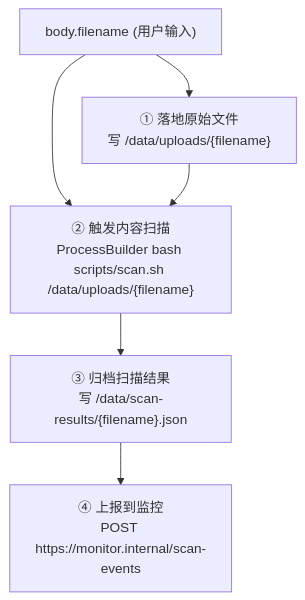
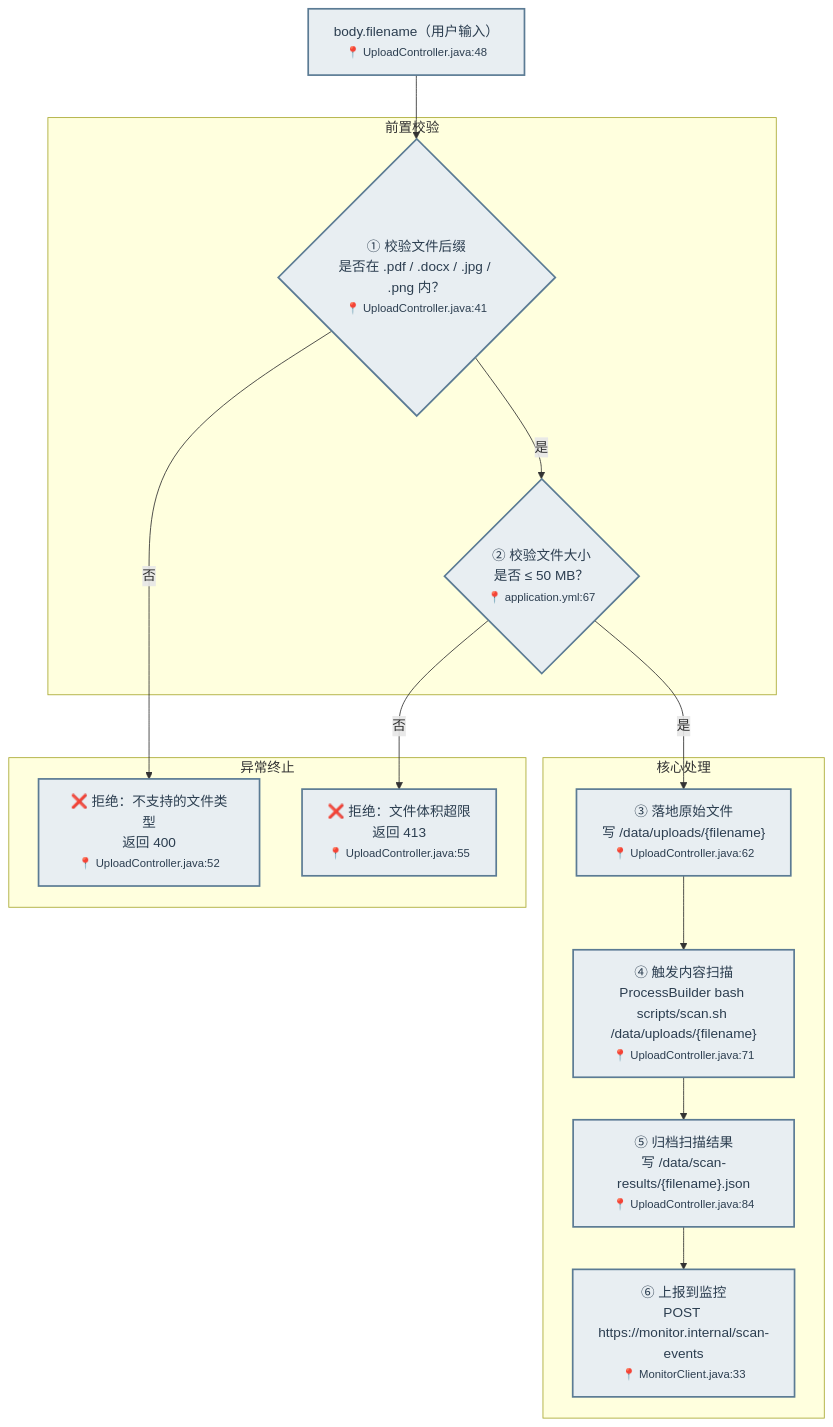
Before and after one commit to gcf0082/biz-flow-recon: the diagram in templates/default.md, drawn with Mermaid. The commit also changed other lines of this file and 1 other file, not shown here.

First paragraph of the commit message:
Adopt richer flowchart style: subgraphs, decision nodes, 📍 anchors
The flowchart in the upload example was a flat user-input → high-risk
chain that excluded validation and rejection paths. The user supplied
a richer template that:

````diff
--- a/templates/default.md
+++ b/templates/default.md
@@ -24,8 +24,39 @@
 ```mermaid
 flowchart TD
-    IN["body.filename (用户输入)"] --> WRITE["① 落地原始文件<br/>写 /data/uploads/{filename}"]
-    IN --> SCAN
-    WRITE --> SCAN["② 触发内容扫描<br/>ProcessBuilder bash scripts/scan.sh /data/uploads/{filename}"]
-    SCAN --> ARCHIVE["③ 归档扫描结果<br/>写 /data/scan-results/{filename}.json"]
-    ARCHIVE --> REPORT["④ 上报到监控<br/>POST https://monitor.internal/scan-events"]
+    IN["body.filename（用户输入）<br/><small>📍 UploadController.java:48</small>"] --> CHECK_EXT
+
+    subgraph 前置校验
+        CHECK_EXT{"① 校验文件后缀<br/>是否在 .pdf / .docx / .jpg / .png 内？<br/><small>📍 UploadController.java:41</small>"}
+        CHECK_SIZE{"② 校验文件大小<br/>是否 ≤ 50 MB？<br/><small>📍 application.yml:67</small>"}
+    end
+
+    subgraph 异常终止
+        REJECT_EXT["❌ 拒绝：不支持的文件类型<br/>返回 400<br/><small>📍 UploadController.java:52</small>"]
+        REJECT_SIZE["❌ 拒绝：文件体积超限<br/>返回 413<br/><small>📍 UploadController.java:55</small>"]
+    end
+
+    subgraph 核心处理
+        WRITE["③ 落地原始文件<br/>写 /data/uploads/{filename}<br/><small>📍 UploadController.java:62</small>"]
+        SCAN["④ 触发内容扫描<br/>ProcessBuilder bash scripts/scan.sh /data/uploads/{filename}<br/><small>📍 UploadController.java:71</small>"]
+        ARCHIVE["⑤ 归档扫描结果<br/>写 /data/scan-results/{filename}.json<br/><small>📍 UploadController.java:84</small>"]
+        REPORT["⑥ 上报到监控<br/>POST https://monitor.internal/scan-events<br/><small>📍 MonitorClient.java:33</small>"]
+    end
+
+    CHECK_EXT -->|否| REJECT_EXT
+    CHECK_EXT -->|是| CHECK_SIZE
+    CHECK_SIZE -->|否| REJECT_SIZE
+    CHECK_SIZE -->|是| WRITE
+    WRITE --> SCAN
+    SCAN --> ARCHIVE
+    ARCHIVE --> REPORT
+
+    style IN fill:#E8EEF2,stroke:#5B7B94,stroke-width:2px,color:#2C3E50
+    style CHECK_EXT fill:#E8EEF2,stroke:#5B7B94,stroke-width:2px,color:#2C3E50
+    style CHECK_SIZE fill:#E8EEF2,stroke:#5B7B94,stroke-width:2px,color:#2C3E50
+    style REJECT_EXT fill:#E8EEF2,stroke:#5B7B94,stroke-width:2px,color:#2C3E50
+    style REJECT_SIZE fill:#E8EEF2,stroke:#5B7B94,stroke-width:2px,color:#2C3E50
+    style WRITE fill:#E8EEF2,stroke:#5B7B94,stroke-width:2px,color:#2C3E50
+    style SCAN fill:#E8EEF2,stroke:#5B7B94,stroke-width:2px,color:#2C3E50
+    style ARCHIVE fill:#E8EEF2,stroke:#5B7B94,stroke-width:2px,color:#2C3E50
+    style REPORT fill:#E8EEF2,stroke:#5B7B94,stroke-width:2px,color:#2C3E50
 ```
````
